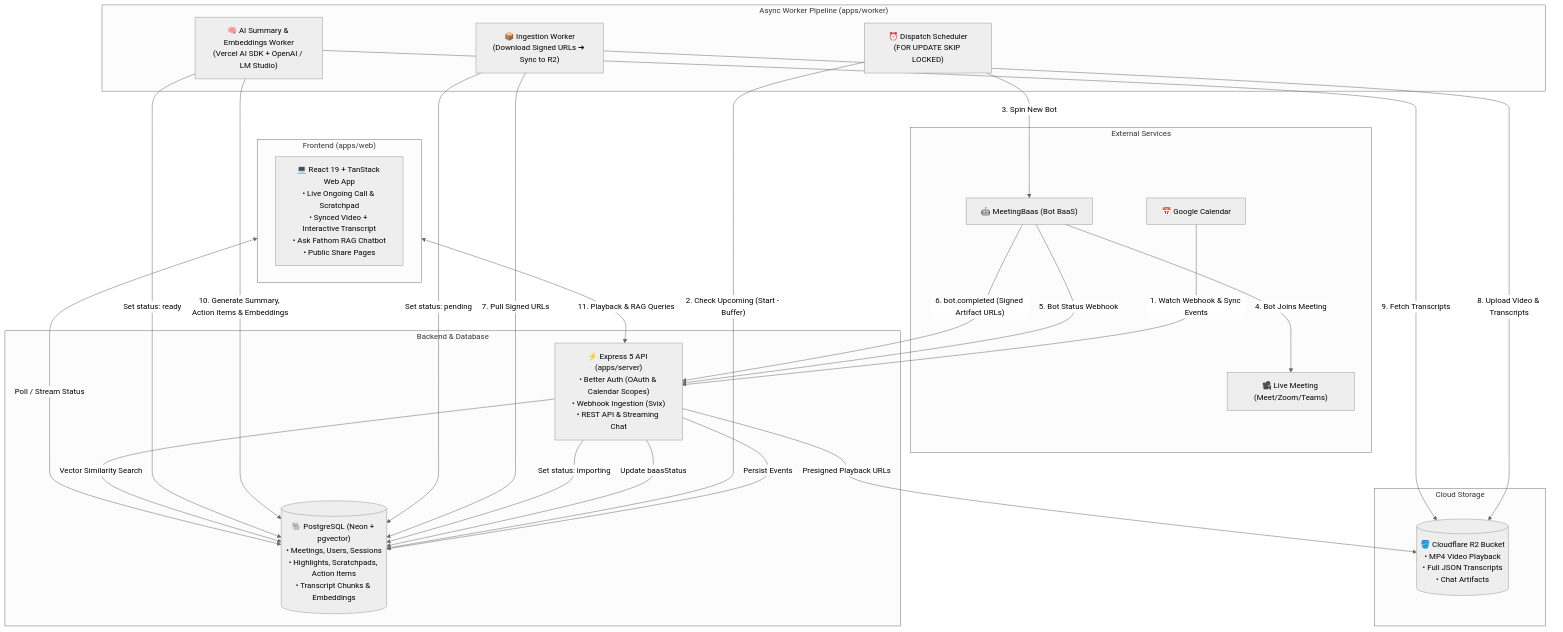
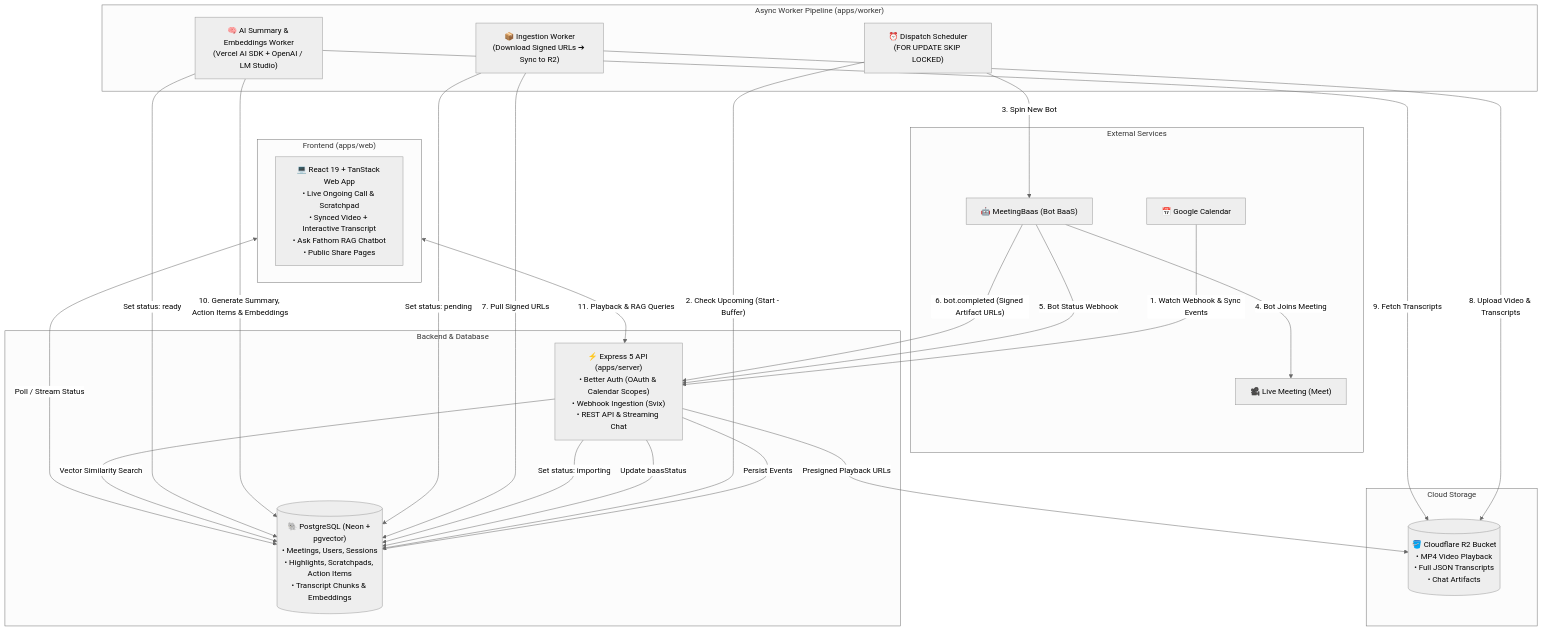
Before and after one commit to IamAyaanSk/8x-fathom: the diagram in README.md, drawn with Mermaid (neutral theme). The commit also changed other lines of this file, not shown here.

Commit message:
chores: update readme

````diff
--- a/README.md
+++ b/README.md
@@ -58,58 +58,58 @@
 ```mermaid
 flowchart TD
     subgraph External["External Services"]
         GoogleCal["📅 Google Calendar"]
         Baas["🤖 MeetingBaas (Bot BaaS)"]
-        LiveMeet["🎥 Live Meeting (Meet/Zoom/Teams)"]
+        LiveMeet["🎥 Live Meeting (Meet)"]
     end
 
     subgraph CoreBackend["Backend & Database"]
         Backend["⚡ Express 5 API (apps/server)<br/>• Better Auth (OAuth & Calendar Scopes)<br/>• Webhook Ingestion (Svix)<br/>• REST API & Streaming Chat"]
         DB[("🐘 PostgreSQL (Neon + pgvector)<br/>• Meetings, Users, Sessions<br/>• Highlights, Scratchpads, Action Items<br/>• Transcript Chunks & Embeddings")]
     end
 
     subgraph Storage["Cloud Storage"]
         R2[("🪣 Cloudflare R2 Bucket<br/>• MP4 Video Playback<br/>• Full JSON Transcripts<br/>• Chat Artifacts")]
     end
 
     subgraph Workers["Async Worker Pipeline (apps/worker)"]
         Scheduler["⏰ Dispatch Scheduler<br/>(FOR UPDATE SKIP LOCKED)"]
         IngestionWorker["📦 Ingestion Worker<br/>(Download Signed URLs ➔ Sync to R2)"]
         SummaryWorker["🧠 AI Summary & Embeddings Worker<br/>(Vercel AI SDK + OpenAI / LM Studio)"]
     end
 
     subgraph FrontendApp["Frontend (apps/web)"]
         WebUI["💻 React 19 + TanStack Web App<br/>• Live Ongoing Call & Scratchpad<br/>• Synced Video + Interactive Transcript<br/>• Ask Fathom RAG Chatbot<br/>• Public Share Pages"]
     end
 
     %% Calendar Sync Flow
     GoogleCal -->|"1. Watch Webhook & Sync Events"| Backend
     Backend -->|"Persist Events"| DB
 
     %% Bot Dispatch
     Scheduler -->|"2. Check Upcoming (Start - Buffer)"| DB
     Scheduler -->|"3. Spin New Bot"| Baas
     Baas -->|"4. Bot Joins Meeting"| LiveMeet
 
     %% Live updates
     Baas -->|"5. Bot Status Webhook"| Backend
     Backend -->|"Update baasStatus"| DB
     DB <-->|"Poll / Stream Status"| FrontendApp
 
     %% Artifact Ingestion
     Baas -->|"6. bot.completed (Signed Artifact URLs)"| Backend
     Backend -->|"Set status: importing"| DB
     IngestionWorker -->|"7. Pull Signed URLs"| DB
     IngestionWorker -->|"8. Upload Video & Transcripts"| R2
     IngestionWorker -->|"Set status: pending"| DB
 
     %% AI Processing
     SummaryWorker -->|"9. Fetch Transcripts"| R2
     SummaryWorker -->|"10. Generate Summary, Action Items & Embeddings"| DB
     SummaryWorker -->|"Set status: ready"| DB
 
     %% User Interaction & RAG
     FrontendApp <-->|"11. Playback & RAG Queries"| Backend
     Backend -->|"Vector Similarity Search"| DB
     Backend -->|"Presigned Playback URLs"| R2
 ```
````
